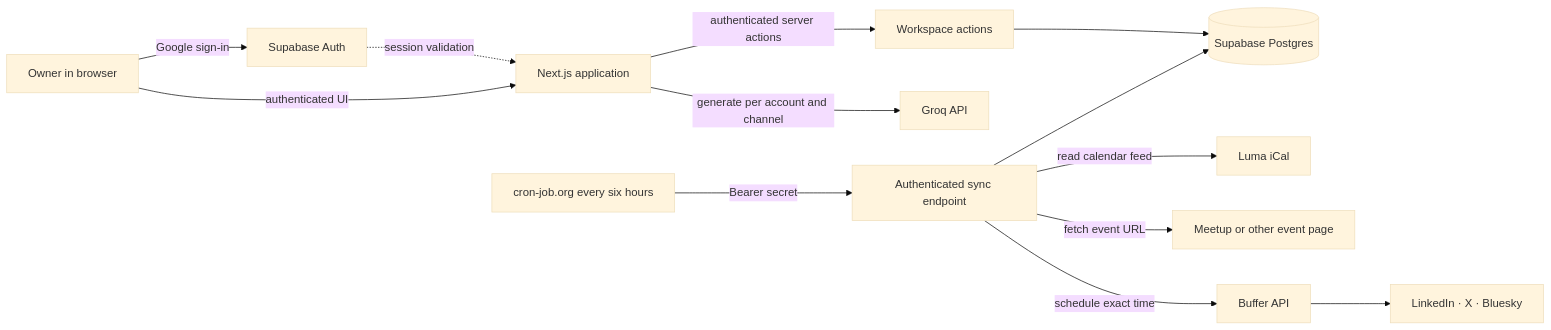
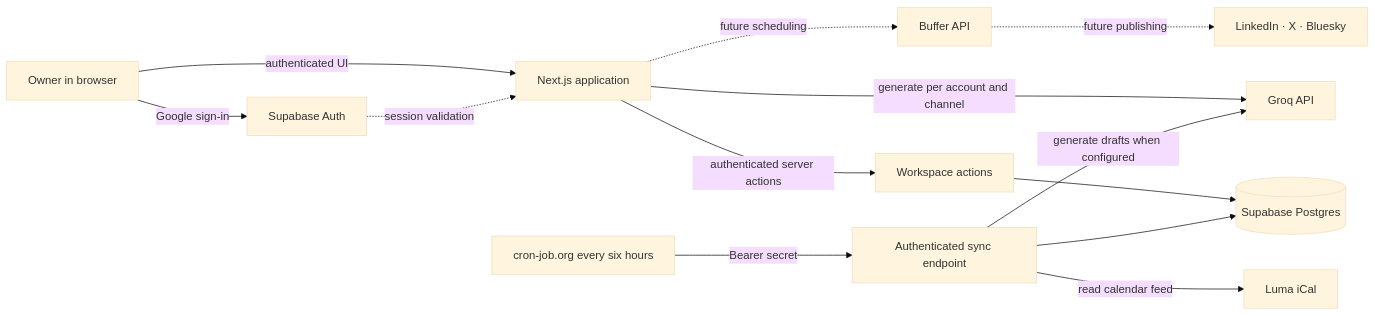
Before and after one commit to anyulled/findly: the first of 2 diagrams in docs/architecture.md, drawn with Mermaid (base theme). The commit also changed other lines of this file and 9 other files, not shown here.

Commit message:
feat: generate drafts from imported Luma events

````diff
--- a/docs/architecture.md
+++ b/docs/architecture.md
@@ -9,15 +9,15 @@
 ```mermaid
 flowchart LR
   owner[Owner in browser] -->|Google sign-in| auth[Supabase Auth]
   owner -->|authenticated UI| app[Next.js application]
   timer[cron-job.org every six hours] -->|Bearer secret| sync[Authenticated sync endpoint]
   app -->|authenticated server actions| actions[Workspace actions]
   actions --> db[(Supabase Postgres)]
   sync --> db
   sync -->|read calendar feed| luma[Luma iCal]
-  sync -->|fetch event URL| meetup[Meetup or other event page]
   app -->|generate per account and channel| groq[Groq API]
-  sync -->|schedule exact time| buffer[Buffer API]
-  buffer --> social[LinkedIn · X · Bluesky]
+  sync -->|generate drafts when configured| groq
+  app -. future scheduling .-> buffer[Buffer API]
+  buffer -. future publishing .-> social[LinkedIn · X · Bluesky]
   auth -. session validation .-> app
 ```
````
